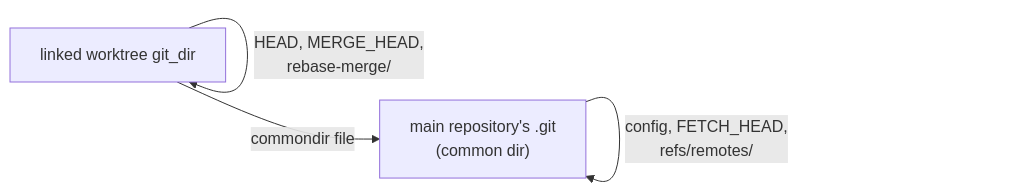
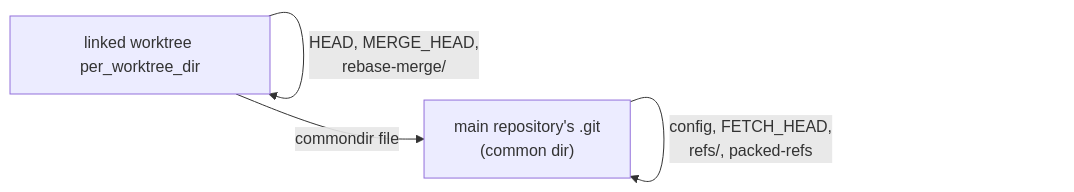
One commit to velian/git-scylla changed the fourth of 4 diagrams in crates/probe/docs/README.md. Above: the diagram before and after it, drawn with Mermaid. The commit also changed other lines of this file and 12 other files, not shown here.

````diff
--- a/crates/probe/docs/README.md
+++ b/crates/probe/docs/README.md
@@ -142,6 +152,6 @@
 ```mermaid
 flowchart LR
-    wt["linked worktree git_dir"] -->|"commondir file"| common["main repository's .git\n(common dir)"]
+    wt["linked worktree per_worktree_dir"] -->|"commondir file"| common["main repository's .git\n(common dir)"]
     wt -->|"HEAD, MERGE_HEAD,\nrebase-merge/"| wt
-    common -->|"config, FETCH_HEAD,\nrefs/remotes/"| common
+    common -->|"config, FETCH_HEAD,\nrefs/, packed-refs"| common
 ```
````
